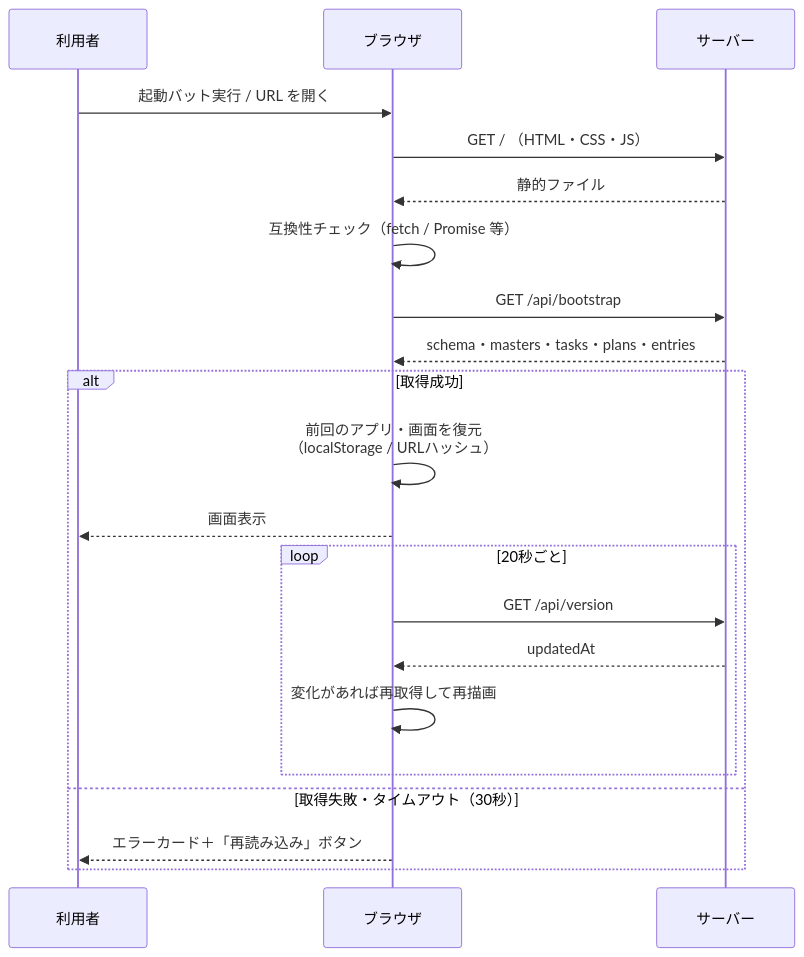
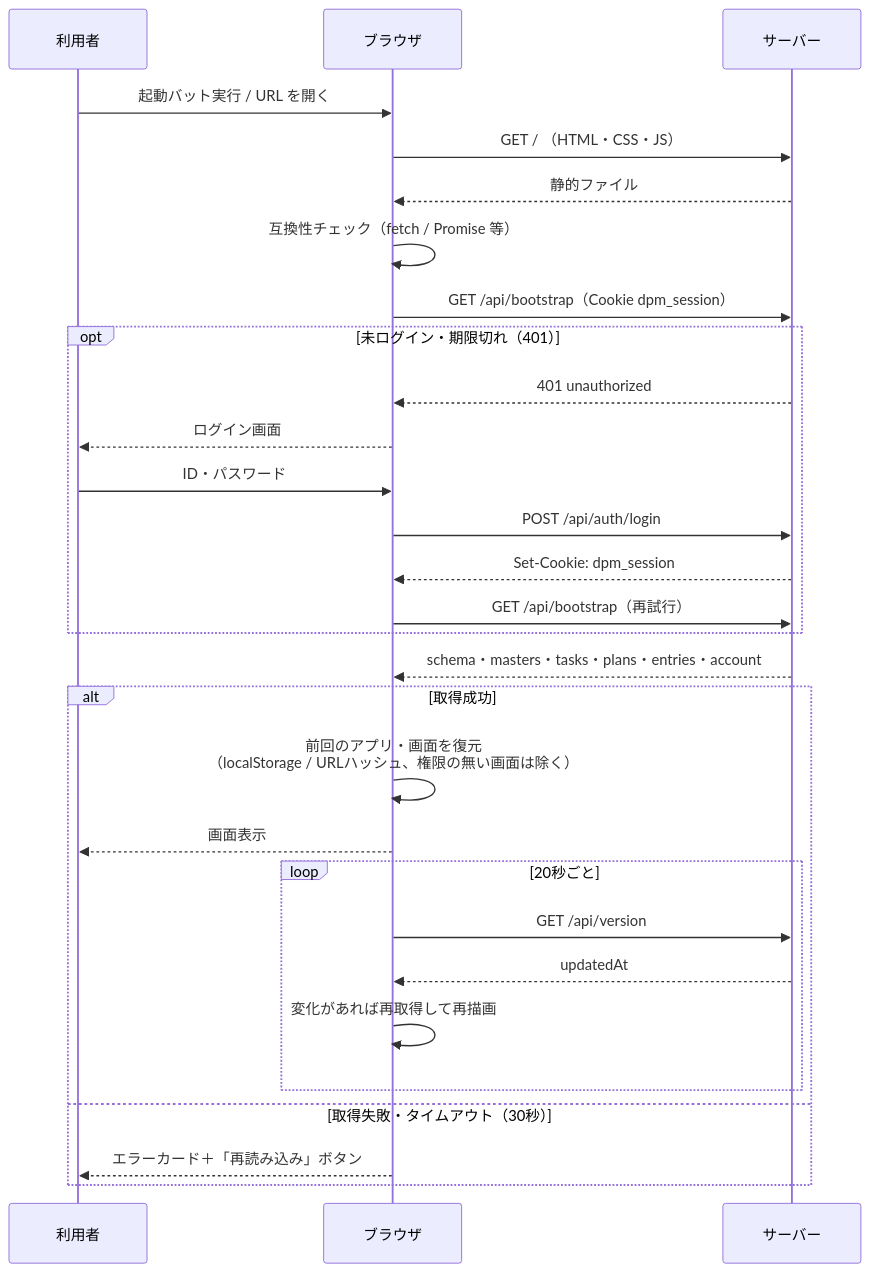
The seventh of 7 diagrams in docs/画面遷移図.md (okSJ28/management-tool), drawn with Mermaid before and after one commit. The commit also changed other lines of this file and 63 other files, not shown here.

````diff
--- a/docs/画面遷移図.md
+++ b/docs/画面遷移図.md
@@ -254,24 +267,32 @@
 ```mermaid
 sequenceDiagram
     participant U as 利用者
     participant B as ブラウザ
     participant S as サーバー
 
     U->>B: 起動バット実行 / URL を開く
     B->>S: GET /  （HTML・CSS・JS）
     S-->>B: 静的ファイル
     B->>B: 互換性チェック（fetch / Promise 等）
-    B->>S: GET /api/bootstrap
-    S-->>B: schema・masters・tasks・plans・entries
+    B->>S: GET /api/bootstrap（Cookie dpm_session）
+    opt 未ログイン・期限切れ（401）
+        S-->>B: 401 unauthorized
+        B-->>U: ログイン画面
+        U->>B: ID・パスワード
+        B->>S: POST /api/auth/login
+        S-->>B: Set-Cookie: dpm_session
+        B->>S: GET /api/bootstrap（再試行）
+    end
+    S-->>B: schema・masters・tasks・plans・entries・account
     alt 取得成功
-        B->>B: 前回のアプリ・画面を復元<br/>（localStorage / URLハッシュ）
+        B->>B: 前回のアプリ・画面を復元<br/>（localStorage / URLハッシュ、権限の無い画面は除く）
         B-->>U: 画面表示
         loop 20秒ごと
             B->>S: GET /api/version
             S-->>B: updatedAt
             B->>B: 変化があれば再取得して再描画
         end
     else 取得失敗・タイムアウト（30秒）
         B-->>U: エラーカード＋「再読み込み」ボタン
     end
 ```
````
